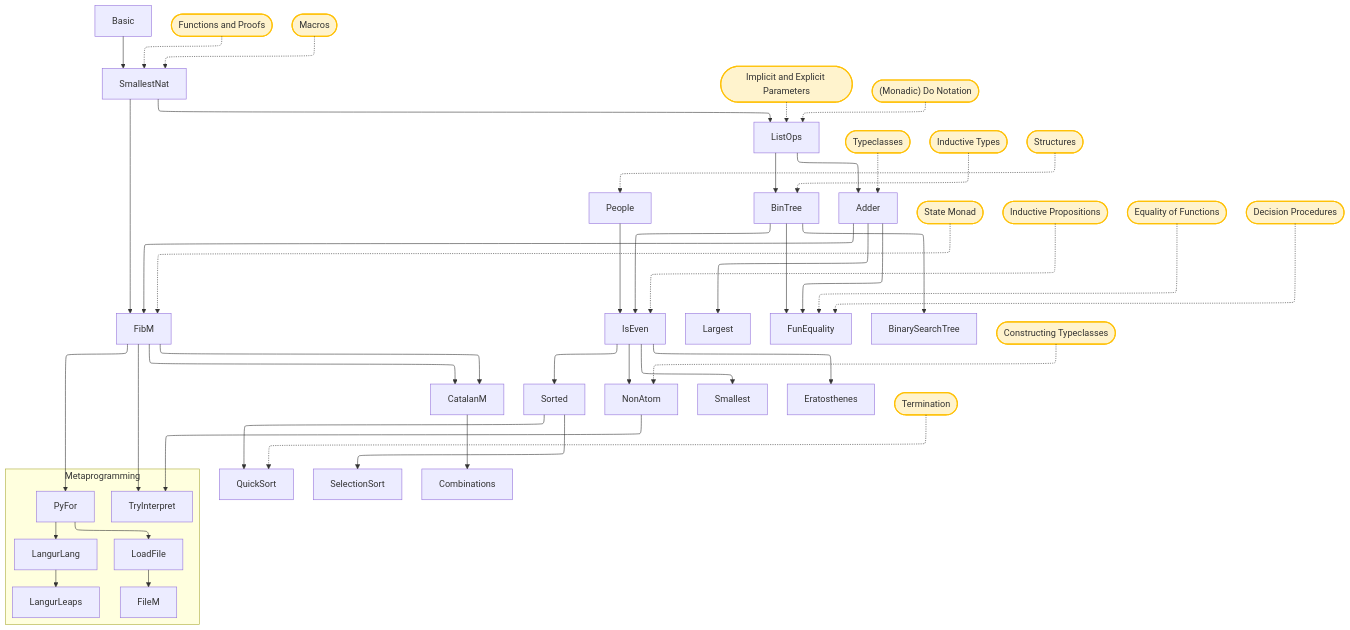
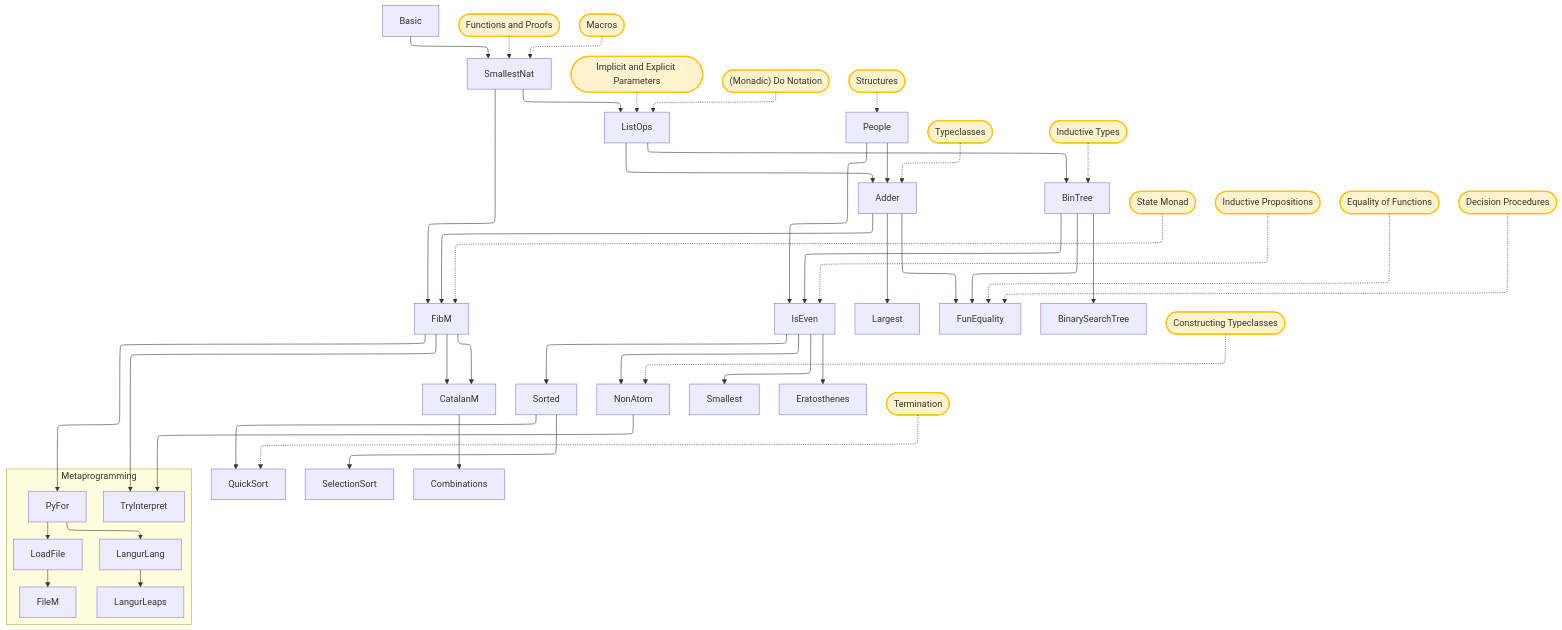
Before and after one commit to shamEiNew/LeanLangurSol: the diagram in LeanLangur/README.md, drawn with Mermaid.

````diff
--- a/LeanLangur/README.md
+++ b/LeanLangur/README.md
@@ -55,61 +55,62 @@
 ```mermaid
 %%{init: {"flowchart": {"defaultRenderer": "elk"}} }%%
 graph TD;
   %% Core file dependencies
   Basic --> SmallestNat;
   SmallestNat --> ListOps;
   SmallestNat --> FibM;
   People --> IsEven;
+  People --> Adder;
   ListOps --> BinTree;
   ListOps --> Adder;
   FibM --> CatalanM;
   Adder --> Largest;
   Adder --> FunEquality;
   Adder --> FibM;
   BinTree --> BinarySearchTree;
   BinTree --> FunEquality;
   IsEven --> Sorted;
   IsEven --> NonAtom;
   IsEven --> Smallest;
   Sorted --> QuickSort;
   Sorted --> SelectionSort;
   FibM --> PyFor;
   FibM --> CatalanM;
   CatalanM --> Combinations
   IsEven --> Eratosthenes
 
   %% Correction Edge
   BinTree --> IsEven;
 
   %% Metaprogramming Subgraph
   subgraph Metaprogramming
     TryInterpret
     PyFor --> LoadFile;
     LoadFile --> FileM;
     PyFor --> LangurLang;
     LangurLang --> LangurLeaps;
   end
 
   %% Connections to the TryInterpret node
   FibM --> TryInterpret;
   NonAtom --> TryInterpret;
 
   %% Concepts mapping (reversed direction and uniformly capitalized)
   c1(["Functions and Proofs"]) -.-> SmallestNat
   c2(["Macros"]) -.-> SmallestNat
   c3(["Implicit and Explicit Parameters"]) -.-> ListOps
   c4(["(Monadic) Do Notation"]) -.-> ListOps
   c5(["Typeclasses"]) -.-> Adder
   c6(["State Monad"]) -.-> FibM
   c7(["Inductive Types"]) -.-> BinTree
   c8(["Inductive Propositions"]) -.-> IsEven
   c9(["Constructing Typeclasses"]) -.-> NonAtom
   c10(["Structures"]) -.-> People
   c11(["Termination"]) -.-> QuickSort
   c12(["Equality of Functions"]) -.-> FunEquality
   c13(["Decision Procedures"]) -.-> FunEquality
 
   %% Styling for concept nodes
   classDef concept fill:#fff3cd,stroke:#ffc107,stroke-width:2px;
   class c1,c2,c3,c4,c5,c6,c7,c8,c9,c10,c11,c12,c13 concept;
 ```
````
